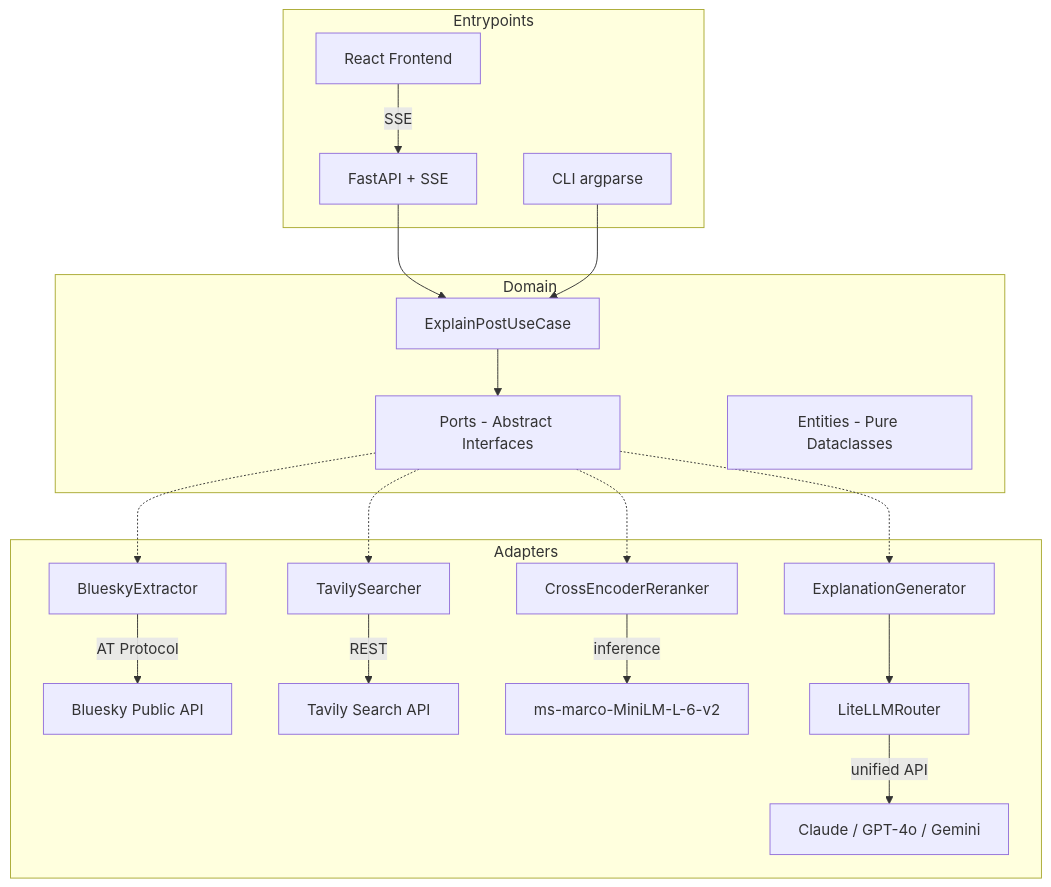
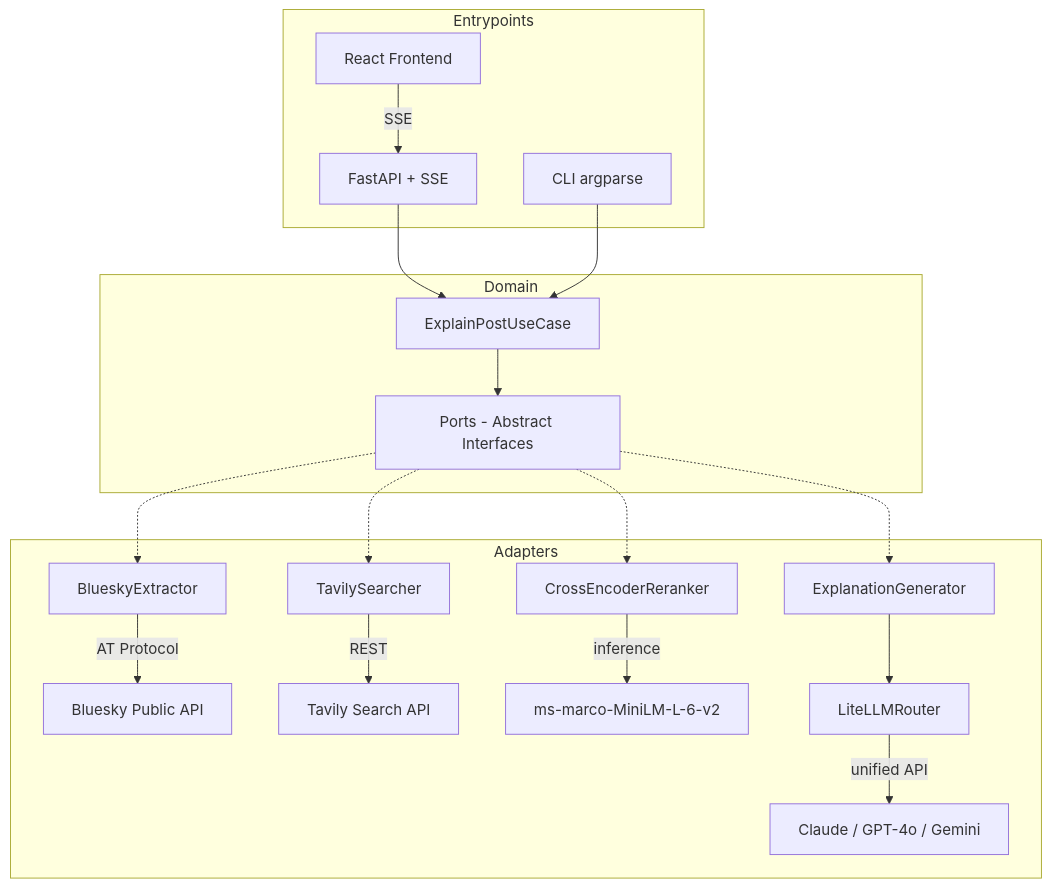
The first of 2 diagrams in README.md (raulprocha/bluesky-post-explainer), drawn with Mermaid before and after one commit.

Commit message:
docs: remove entities from mermaid diagram (implicit in data flow)

````diff
--- a/README.md
+++ b/README.md
@@ -47,29 +47,28 @@
 ```mermaid
 graph TD
     subgraph Entrypoints
         FE[React Frontend] -->|SSE| API[FastAPI + SSE]
         CLI[CLI argparse]
     end
 
     subgraph Domain
         UC[ExplainPostUseCase]
         P[Ports - Abstract Interfaces]
-        E[Entities - Pure Dataclasses]
     end
 
     subgraph Adapters
         BE[BlueskyExtractor] -->|AT Protocol| BSky[Bluesky Public API]
         TS[TavilySearcher] -->|REST| Tavily[Tavily Search API]
         CR[CrossEncoderReranker] -->|inference| Model[ms-marco-MiniLM-L-6-v2]
         LR[LiteLLMRouter] -->|unified API| LLM[Claude / GPT-4o / Gemini]
         EG[ExplanationGenerator] --> LR
     end
 
     API --> UC
     CLI --> UC
     UC --> P
     P -.-> BE
     P -.-> TS
     P -.-> CR
     P -.-> EG
 ```
````
